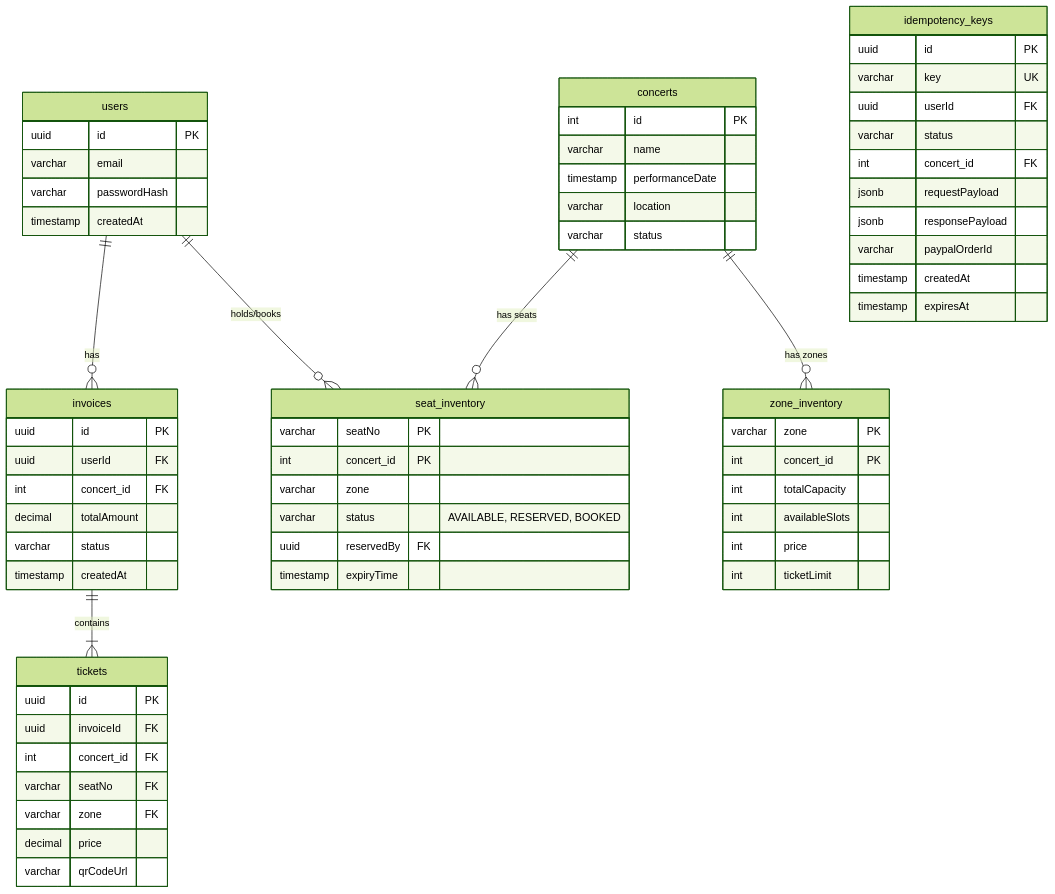
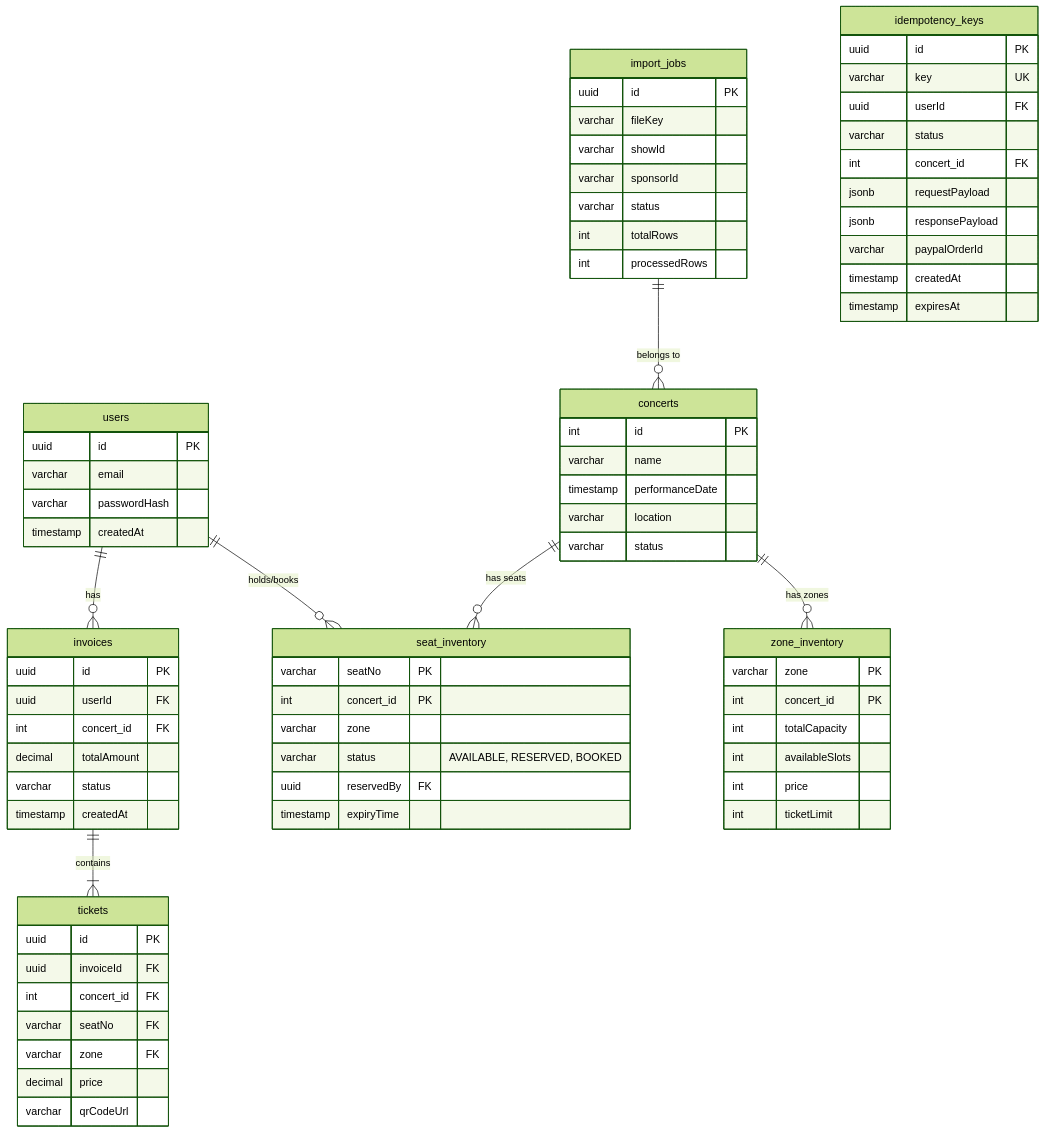
One commit to NguyenSonTung16/ticket_box changed the fourth of 5 diagrams in blueprint/design.md. Above: the diagram before and after it, drawn with Mermaid (forest theme). The commit also changed other lines of this file and 2 other files, not shown here.

Commit message:
feat: add database seeding script and convenience commands for orchestrating services and frontends to package.json, and document project architecture in design.md

````diff
--- a/blueprint/design.md
+++ b/blueprint/design.md
@@ -88,67 +91,77 @@
 ```mermaid
 erDiagram
     users ||--o{ invoices : "has"
     users ||--o{ seat_inventory : "holds/books"
     concerts ||--o{ zone_inventory : "has zones"
     concerts ||--o{ seat_inventory : "has seats"
     invoices ||--|{ tickets : "contains"
+    import_jobs ||--o{ concerts : "belongs to"
 
     users {
         uuid id PK
         varchar email
         varchar passwordHash
         timestamp createdAt
     }
     concerts {
         int id PK
         varchar name
         timestamp performanceDate
         varchar location
         varchar status
     }
     zone_inventory {
         varchar zone PK
         int concert_id PK
         int totalCapacity
         int availableSlots
         int price
         int ticketLimit
     }
     seat_inventory {
         varchar seatNo PK
         int concert_id PK
         varchar zone
         varchar status "AVAILABLE, RESERVED, BOOKED"
         uuid reservedBy FK
         timestamp expiryTime
     }
     invoices {
         uuid id PK
         uuid userId FK
         int concert_id FK
         decimal totalAmount
         varchar status
         timestamp createdAt
     }
     tickets {
         uuid id PK
         uuid invoiceId FK
         int concert_id FK
         varchar seatNo FK
         varchar zone FK
         decimal price
         varchar qrCodeUrl
     }
     idempotency_keys {
         uuid id PK
         varchar key UK
         uuid userId FK
         varchar status
         int concert_id FK
         jsonb requestPayload
         jsonb responsePayload
         varchar paypalOrderId
         timestamp createdAt
         timestamp expiresAt
     }
+    import_jobs {
+        uuid id PK
+        varchar fileKey
+        varchar showId
+        varchar sponsorId
+        varchar status
+        int totalRows
+        int processedRows
+    }
 ```
````
